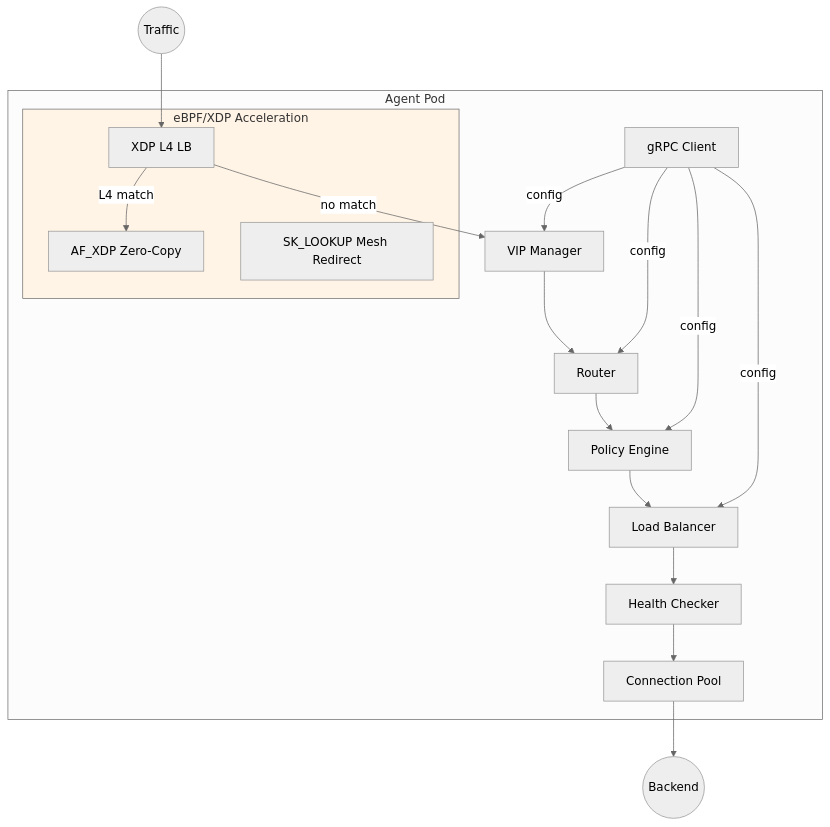
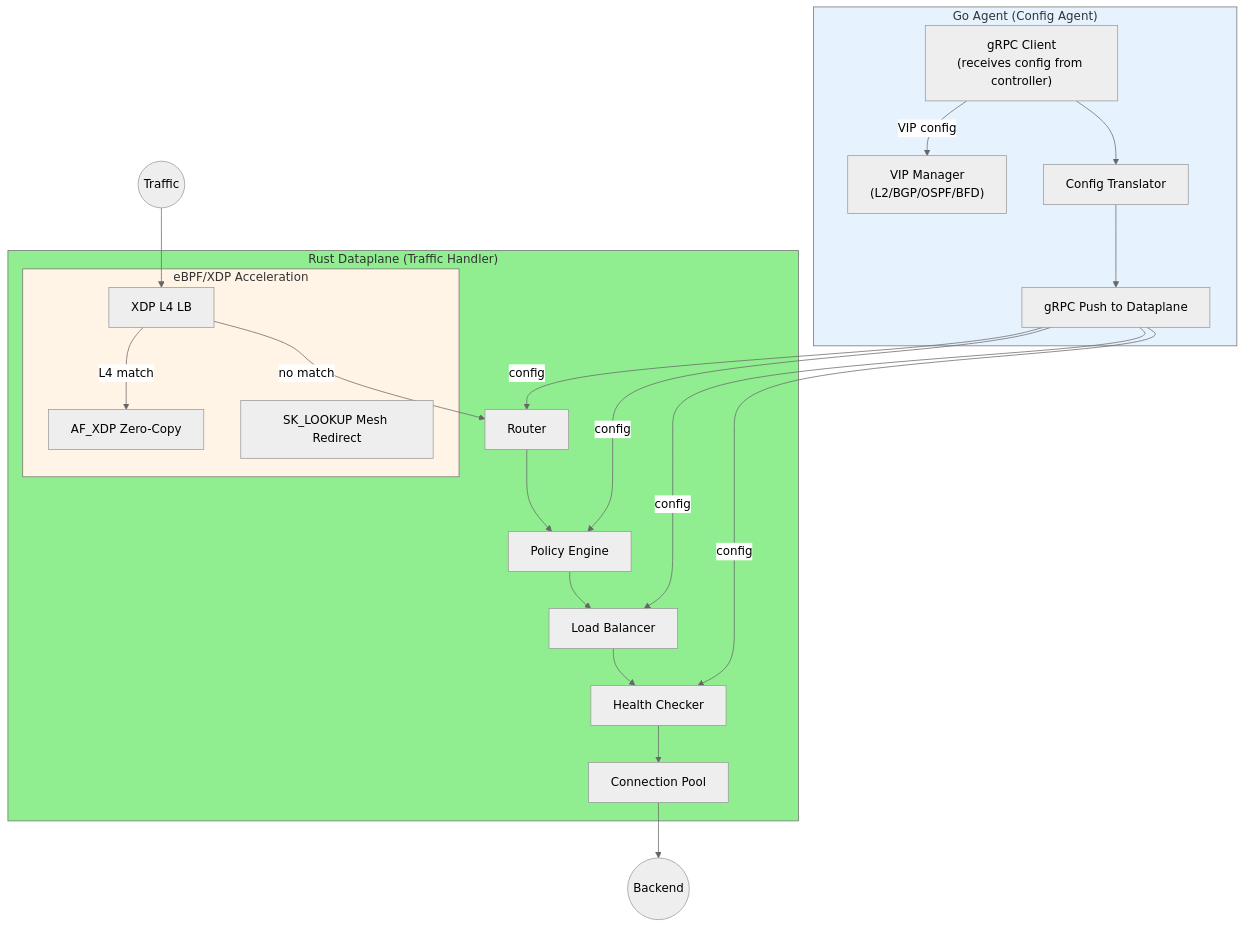
Before and after one commit to azrtydxb/novaedge: the sixth of 9 diagrams in docs/architecture/overview.md, drawn with Mermaid (neutral theme). The commit also changed other lines of this file and 11 other files, not shown here.

````diff
--- a/docs/architecture/overview.md
+++ b/docs/architecture/overview.md
@@ -177,35 +180,41 @@
 ```mermaid
 flowchart TB
-    subgraph Agent["Agent Pod"]
-        GC["gRPC Client"]
+    subgraph GoAgent["Go Agent (Config Agent)"]
+        GC["gRPC Client<br/>(receives config from controller)"]
+        VIP["VIP Manager<br/>(L2/BGP/OSPF/BFD)"]
+        TRANSLATOR["Config Translator"]
+        GRPC_PUSH["gRPC Push to Dataplane"]
+    end
+
+    subgraph RustDP["Rust Dataplane (Traffic Handler)"]
         RT["Router"]
         LB["Load Balancer"]
-        VIP["VIP Manager"]
         HC["Health Checker"]
         POL["Policy Engine"]
         POOL["Connection Pool"]
 
         subgraph eBPF["eBPF/XDP Acceleration"]
             XDP["XDP L4 LB"]
             AFXDP["AF_XDP Zero-Copy"]
             SKLOOKUP["SK_LOOKUP Mesh Redirect"]
         end
     end
 
-    GC -->|"config"| RT
-    GC -->|"config"| LB
-    GC -->|"config"| VIP
-    GC -->|"config"| POL
+    GC --> TRANSLATOR
+    TRANSLATOR --> GRPC_PUSH
+    GRPC_PUSH -->|"config"| RT & LB & POL & HC
+    GC -->|"VIP config"| VIP
 
     Traffic((Traffic)) --> XDP
     XDP -->|"L4 match"| AFXDP
-    XDP -->|"no match"| VIP
-    VIP --> RT
+    XDP -->|"no match"| RT
     RT --> POL
     POL --> LB
     LB --> HC
     HC --> POOL
     POOL --> Backend((Backend))
 
     style eBPF fill:#fff4e6
+    style GoAgent fill:#e6f3ff
+    style RustDP fill:#90EE90
 ```
````
